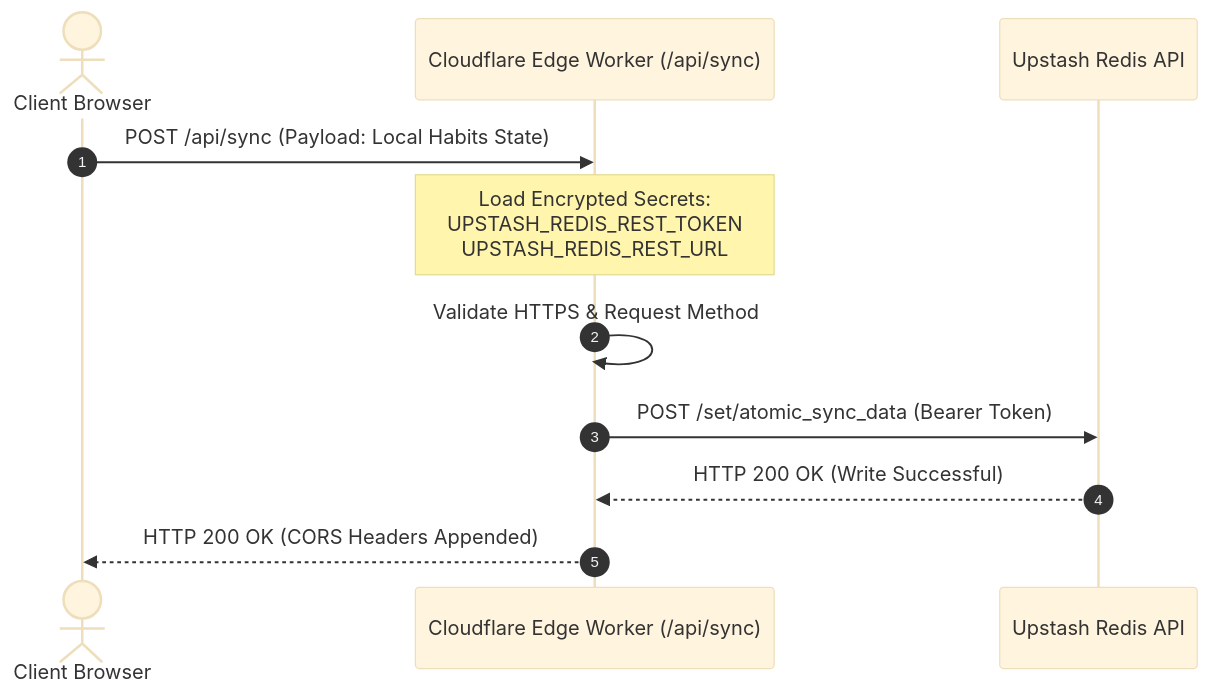
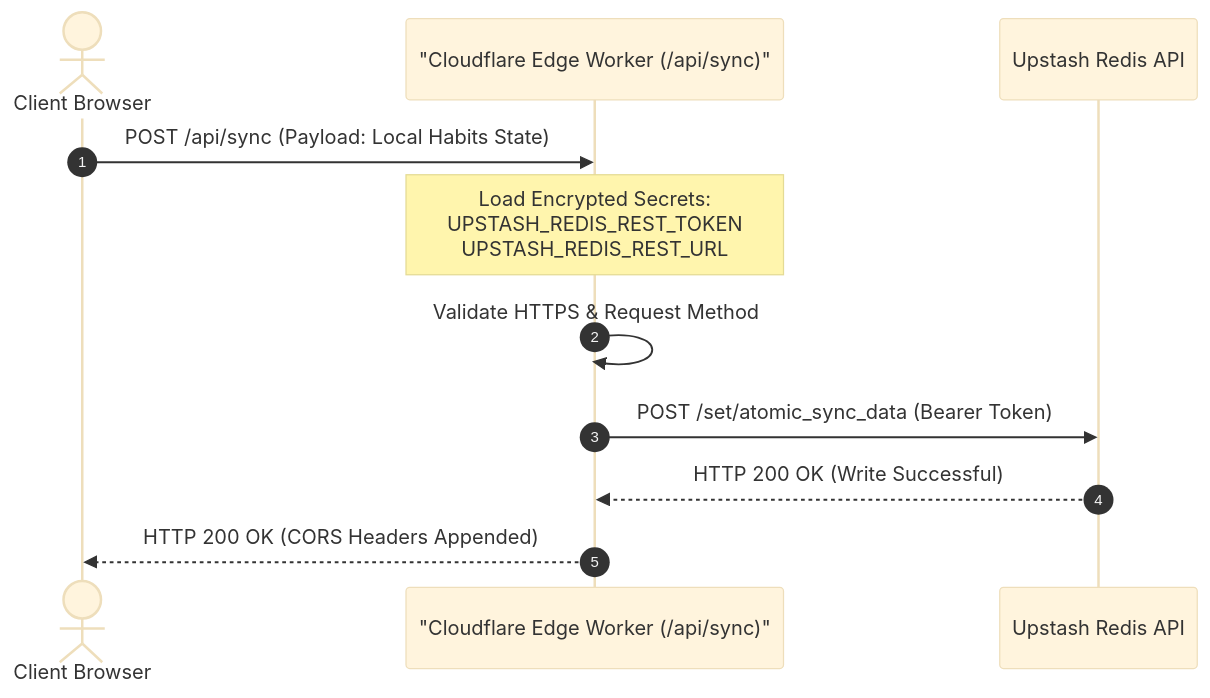
One commit to digitaldave0/dev-blog changed the second of 5 diagrams in src/content/blog/2026-05-19-sovereign-devsecops-command-center.md. Above: the diagram before and after it, drawn with Mermaid (base theme). The commit also changed other lines of this file, not shown here.

Commit message:
docs: resolve Mermaid rendering syntax errors by escaping special characters

````diff
--- a/src/content/blog/2026-05-19-sovereign-devsecops-command-center.md
+++ b/src/content/blog/2026-05-19-sovereign-devsecops-command-center.md
@@ -77,14 +77,14 @@
 ```mermaid
 sequenceDiagram
     autonumber
     actor Browser as Client Browser
-    participant Edge as Cloudflare Edge Worker (/api/sync)
+    participant Edge as "Cloudflare Edge Worker (/api/sync)"
     participant Upstash as Upstash Redis API
     
     Browser->>Edge: POST /api/sync (Payload: Local Habits State)
     Note over Edge: Load Encrypted Secrets:<br/>UPSTASH_REDIS_REST_TOKEN<br/>UPSTASH_REDIS_REST_URL
     Edge->>Edge: Validate HTTPS & Request Method
     Edge->>Upstash: POST /set/atomic_sync_data (Bearer Token)
     Upstash-->>Edge: HTTP 200 OK (Write Successful)
     Edge-->>Browser: HTTP 200 OK (CORS Headers Appended)
 ```
````
